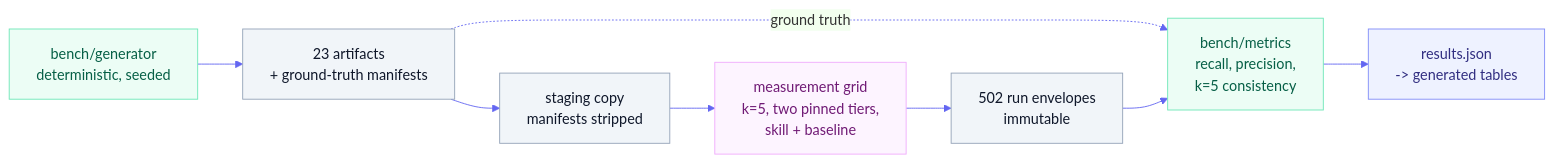
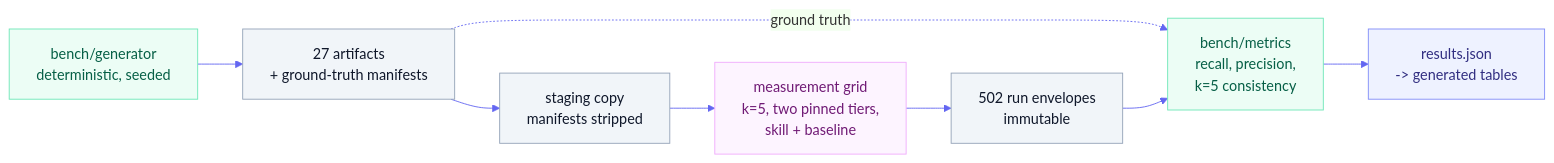
The diagram in docs/explanation/architecture-detail.md (product-on-purpose/critique-skills), drawn with Mermaid before and after one commit. The commit also changed other lines of this file and 24 other files, not shown here.

````diff
--- a/docs/explanation/architecture-detail.md
+++ b/docs/explanation/architecture-detail.md
@@ -103,16 +103,16 @@
 ```mermaid
 %%{init: {'theme':'base','themeVariables':{'primaryColor':'#eef2ff','primaryBorderColor':'#c7d2fe','lineColor':'#6366f1','fontFamily':'system-ui, sans-serif'}}}%%
 flowchart LR
-  gen["bench/generator<br/>deterministic, seeded"]:::det --> corpus["23 artifacts<br/>+ ground-truth manifests"]:::data
+  gen["bench/generator<br/>deterministic, seeded"]:::det --> corpus["27 artifacts<br/>+ ground-truth manifests"]:::data
   corpus --> staging["staging copy<br/>manifests stripped"]:::data
   staging --> runs["measurement grid<br/>k=5, two pinned tiers,<br/>skill + baseline"]:::run
   runs --> env["502 run envelopes<br/>immutable"]:::data
   corpus -.ground truth.-> score["bench/metrics<br/>recall, precision,<br/>k=5 consistency"]:::det
   env --> score
   score --> results["results.json<br/>-> generated tables"]:::out
 
   classDef det fill:#ecfdf5,stroke:#6ee7b7,color:#065f46
   classDef data fill:#f1f5f9,stroke:#94a3b8,color:#0f172a
   classDef run fill:#fdf4ff,stroke:#f0abfc,color:#701a75
   classDef out fill:#eef2ff,stroke:#818cf8,color:#312e81
 ```
````
